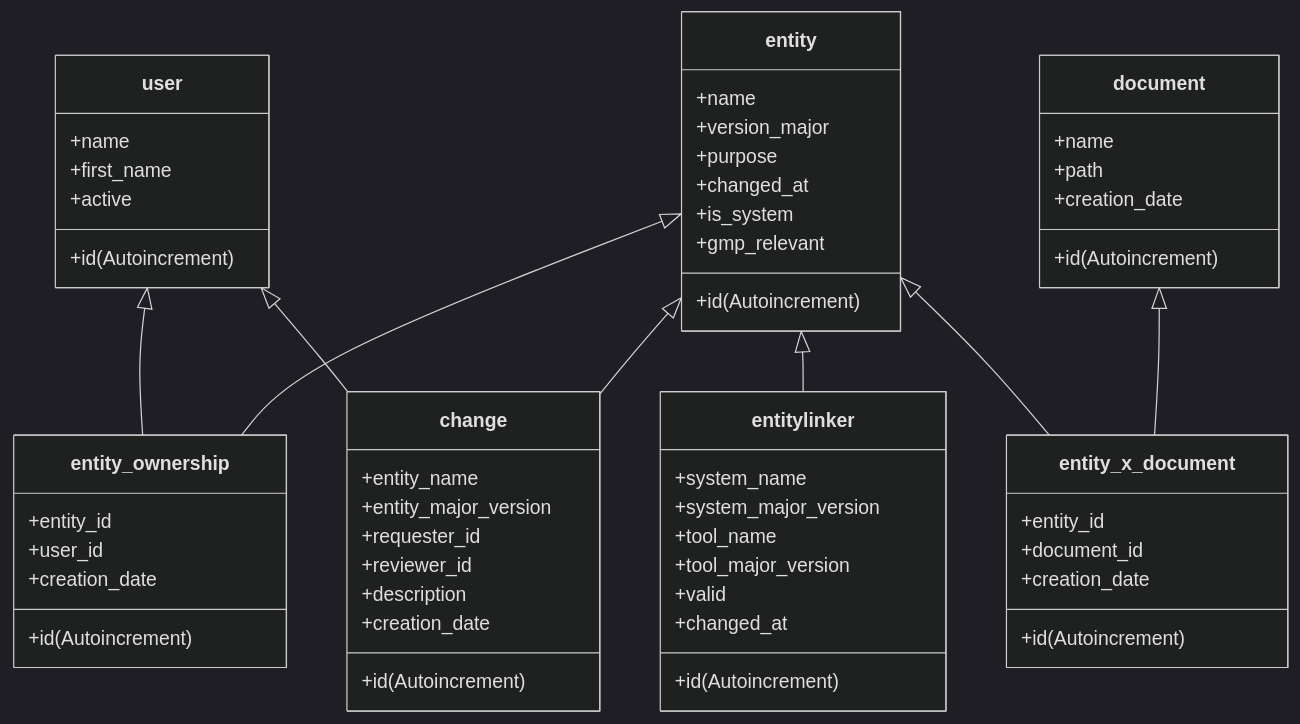
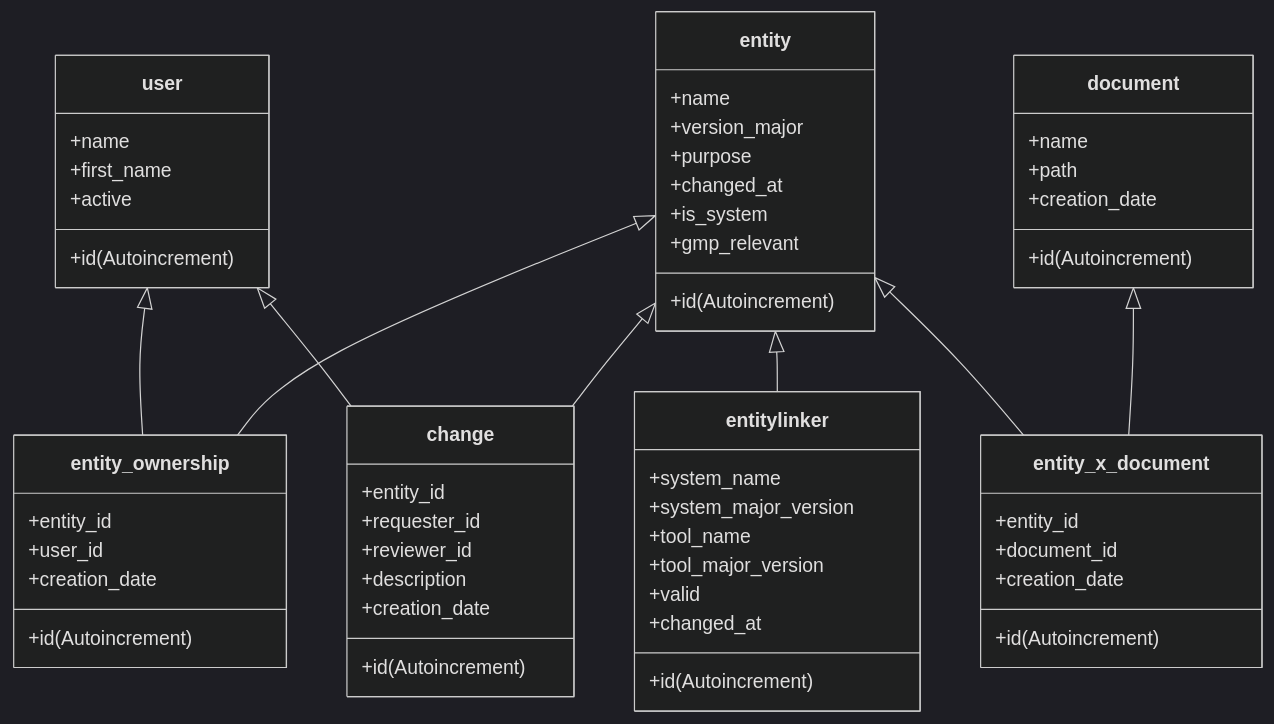
The diagram in backend/doc/database-structure.md (mymichu/koala), drawn with Mermaid (dark theme) before and after one commit. The commit also changed 9 other files, not shown here.

````diff
--- a/backend/doc/database-structure.md
+++ b/backend/doc/database-structure.md
@@ -5,61 +5,60 @@
 ```mermaid
 classDiagram
     user <|-- entity_ownership
     user <|-- change
     entity <|-- entitylinker
     entity <|-- change
     entity <|-- entity_ownership
     entity <|-- entity_x_document
     document <|-- entity_x_document
     class entity{
         +id (Autoincrement)
         +name
         +version_major
         +purpose
         +changed_at
         +is_system
         +gmp_relevant
     }
     class entitylinker{
         +id (Autoincrement)
         +system_name
         +system_major_version
         +tool_name
         +tool_major_version
         +valid
         +changed_at
     }
     class entity_x_document{
         +id (Autoincrement)
         +entity_id
         +document_id
         +creation_date
     }
     class change{
         +id (Autoincrement)
-        +entity_name
-        +entity_major_version
+        +entity_id
         +requester_id
         +reviewer_id
         +description
         +creation_date
     }
     class document{
         +id (Autoincrement)
         +name
         +path
         +creation_date
     }
     class entity_ownership{
         +id (Autoincrement)
         +entity_id
         +user_id
         +creation_date
     }
     class user{
         +id (Autoincrement)
         +name
         +first_name
         +active
     }
 ```
````
